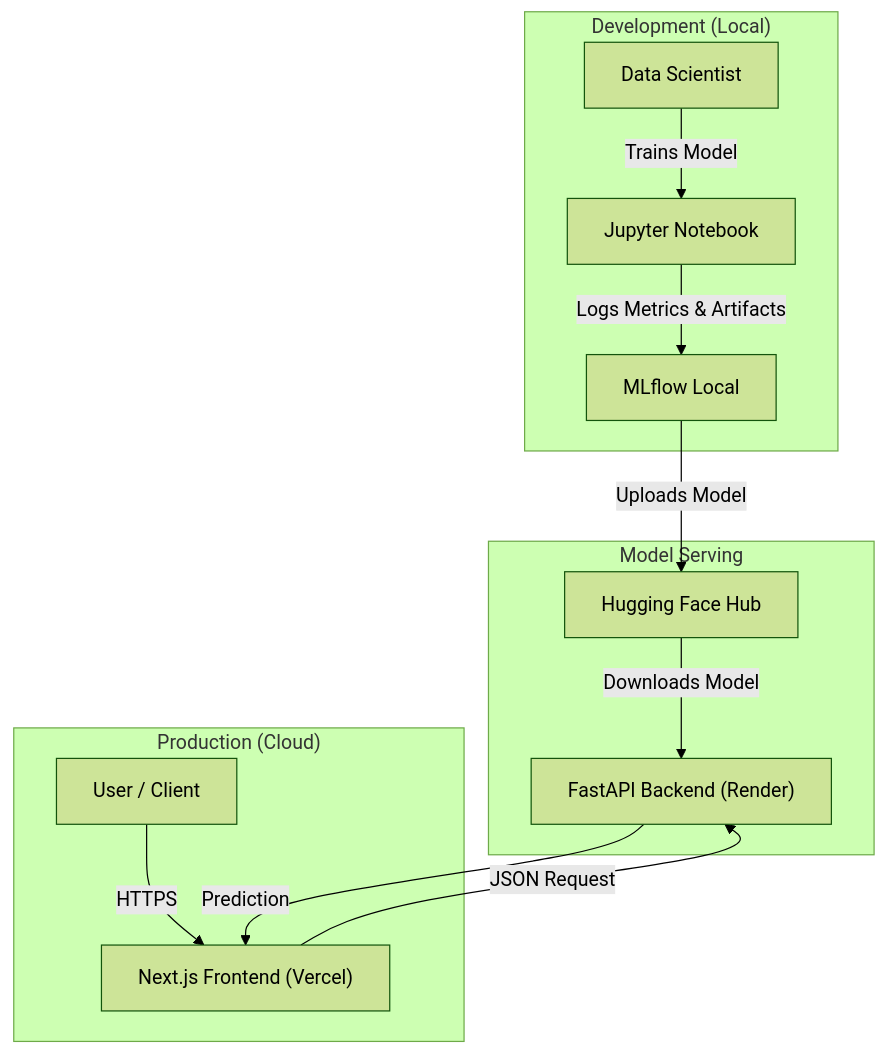
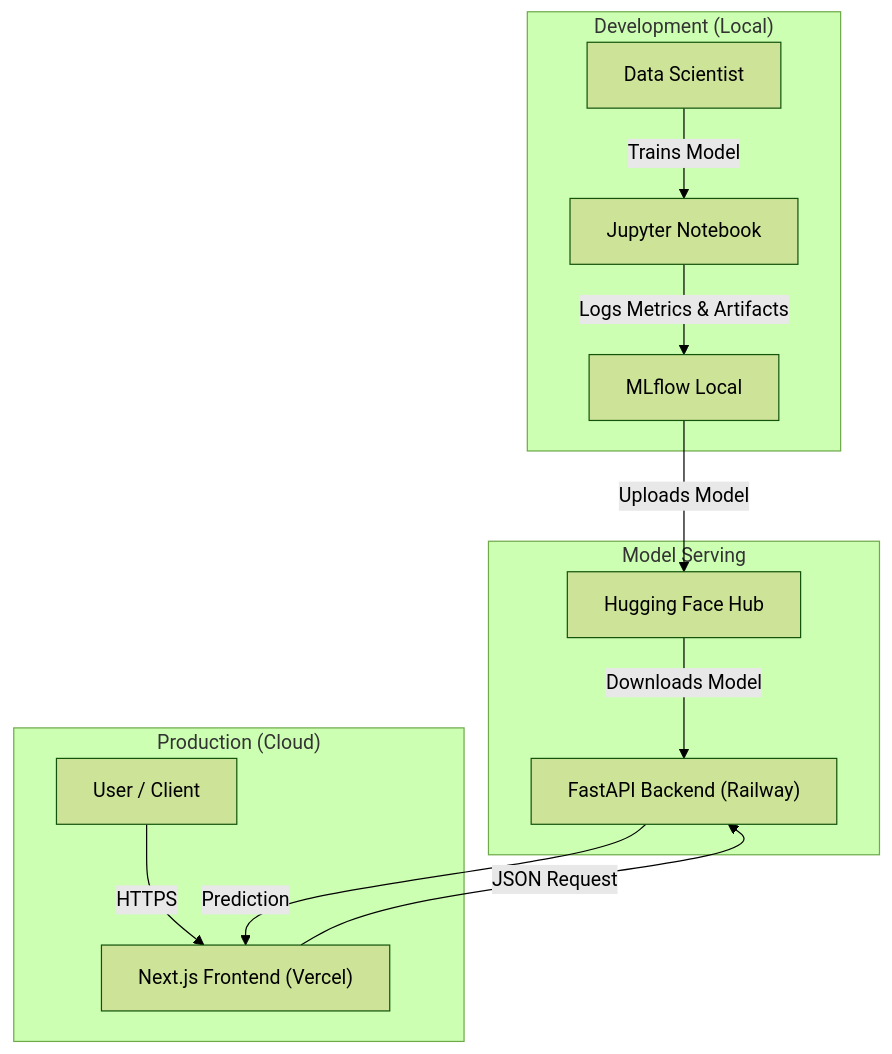
The diagram in README.md (Muhammadirfankarim/Real-Time-Credit-Card-Fraud-Detection-System), drawn with Mermaid (forest theme) before and after one commit. The commit also changed other lines of this file and 2 other files, not shown here.

Commit message:
chore: switch deployment from Render to Railway (added Procfile)

````diff
--- a/README.md
+++ b/README.md
@@ -64,18 +64,18 @@
 ```mermaid
 graph TD
     subgraph "Development (Local)"
         DS["Data Scientist"] -->|Trains Model| NB["Jupyter Notebook"]
         NB -->|Logs Metrics & Artifacts| ML["MLflow Local"]
     end
 
     subgraph "Model Serving"
         ML -->|Uploads Model| HF["Hugging Face Hub"]
         HF -->|Downloads Model| API["FastAPI Backend"]
     end
 
     subgraph "Production (Cloud)"
         User["User / Client"] -->|HTTPS| FE["Next.js Frontend (Vercel)"]
         FE -->|JSON Request| API
-        API["FastAPI Backend (Render)"] -->|Prediction| FE
+        API["FastAPI Backend (Railway)"] -->|Prediction| FE
     end
 ```
````
